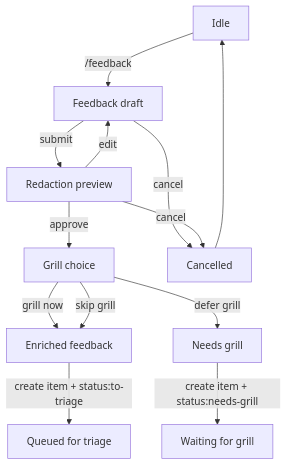
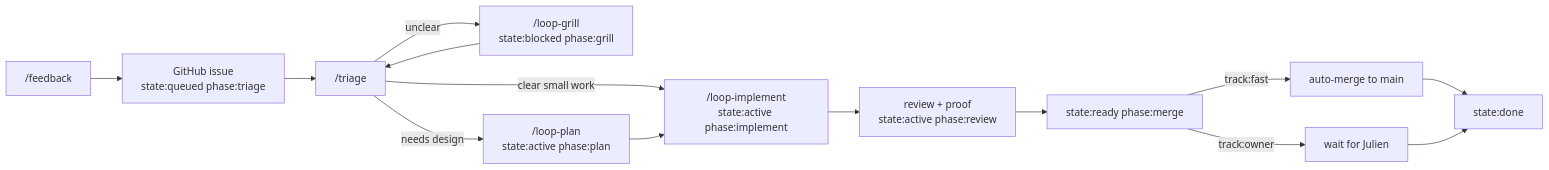
Before and after one commit to hachej/boring-ui: the diagram in docs/kanzen/boring-loop.md, drawn with Mermaid. The commit also changed other lines of this file and 7 other files, not shown here.

````diff
--- a/docs/kanzen/boring-loop.md
+++ b/docs/kanzen/boring-loop.md
@@ -48,25 +66,16 @@
 ```mermaid
-flowchart TD
-  FeedbackIdle["Idle"]
-  FeedbackDraft["Feedback draft"]
-  RedactionPreview["Redaction preview"]
-  GrillChoice["Grill choice"]
-  NeedsGrill["Needs grill"]
-  EnrichedFeedback["Enriched feedback"]
-  FeedbackQueued["Queued for triage"]
-  GrillQueued["Waiting for grill"]
-  FeedbackCancelled["Cancelled"]
-
-  FeedbackIdle -->|"/feedback"| FeedbackDraft
-  FeedbackDraft -->|"submit"| RedactionPreview
-  FeedbackDraft -->|"cancel"| FeedbackCancelled
-  RedactionPreview -->|"edit"| FeedbackDraft
-  RedactionPreview -->|"approve"| GrillChoice
-  RedactionPreview -->|"cancel"| FeedbackCancelled
-  GrillChoice -->|"grill now"| EnrichedFeedback
-  GrillChoice -->|"defer grill"| NeedsGrill
-  GrillChoice -->|"skip grill"| EnrichedFeedback
-  NeedsGrill -->|"create item + status:needs-grill"| GrillQueued
-  EnrichedFeedback -->|"create item + status:to-triage"| FeedbackQueued
-  FeedbackCancelled --> FeedbackIdle
+flowchart LR
+  Feedback["/feedback"] --> Issue["GitHub issue\nstate:queued phase:triage"]
+  Issue --> Triage["/triage"]
+  Triage -->|"unclear"| Grill["/loop-grill\nstate:blocked phase:grill"]
+  Grill --> Triage
+  Triage -->|"needs design"| Plan["/loop-plan\nstate:active phase:plan"]
+  Triage -->|"clear small work"| Implement["/loop-implement\nstate:active phase:implement"]
+  Plan --> Implement
+  Implement --> Review["review + proof\nstate:active phase:review"]
+  Review --> Ready["state:ready phase:merge"]
+  Ready -->|"track:fast"| AutoMerge["auto-merge to main"]
+  Ready -->|"track:owner"| Owner["wait for Julien"]
+  AutoMerge --> Done["state:done"]
+  Owner --> Done
 ```
````
